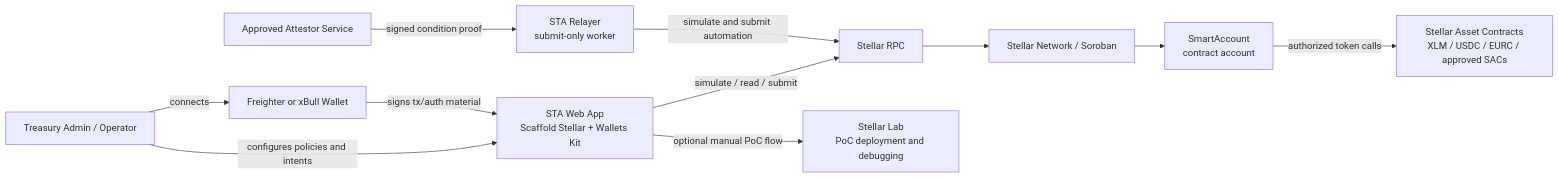
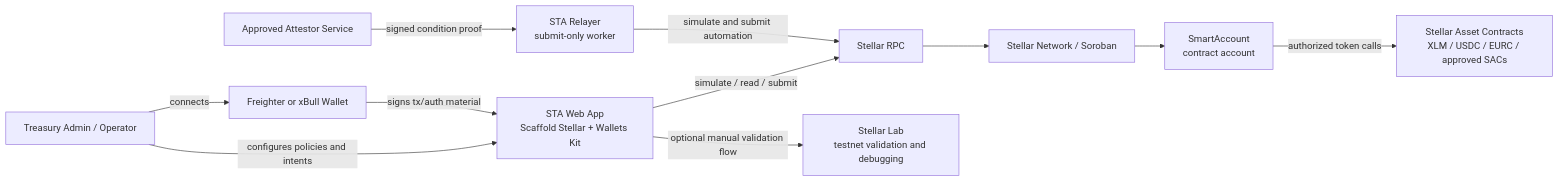
Before and after one commit to Frihat-dev/smart-wallet-stellar: the first of 12 diagrams in docs/TECHNICAL_ARCHITECTURE.md, drawn with Mermaid. The commit also changed other lines of this file, not shown here.

Commit message:
docs: harden technical architecture specification

````diff
--- a/docs/TECHNICAL_ARCHITECTURE.md
+++ b/docs/TECHNICAL_ARCHITECTURE.md
@@ -187,24 +254,24 @@
 ```mermaid
 flowchart LR
     Admin["Treasury Admin / Operator"]
     Wallet["Freighter or xBull Wallet"]
     WebApp["STA Web App<br/>Scaffold Stellar + Wallets Kit"]
     Relayer["STA Relayer<br/>submit-only worker"]
     Attestor["Approved Attestor Service"]
     RPC["Stellar RPC"]
-    Lab["Stellar Lab<br/>PoC deployment and debugging"]
+    Lab["Stellar Lab<br/>testnet validation and debugging"]
     Soroban["Stellar Network / Soroban"]
     STA["SmartAccount<br/>contract account"]
     SAC["Stellar Asset Contracts<br/>XLM / USDC / EURC / approved SACs"]
 
     Admin -->|"connects"| Wallet
     Admin -->|"configures policies and intents"| WebApp
     Wallet -->|"signs tx/auth material"| WebApp
     WebApp -->|"simulate / read / submit"| RPC
-    WebApp -->|"optional manual PoC flow"| Lab
+    WebApp -->|"optional manual validation flow"| Lab
     Relayer -->|"simulate and submit automation"| RPC
     Attestor -->|"signed condition proof"| Relayer
     RPC --> Soroban
     Soroban --> STA
     STA -->|"authorized token calls"| SAC
 ```
````
